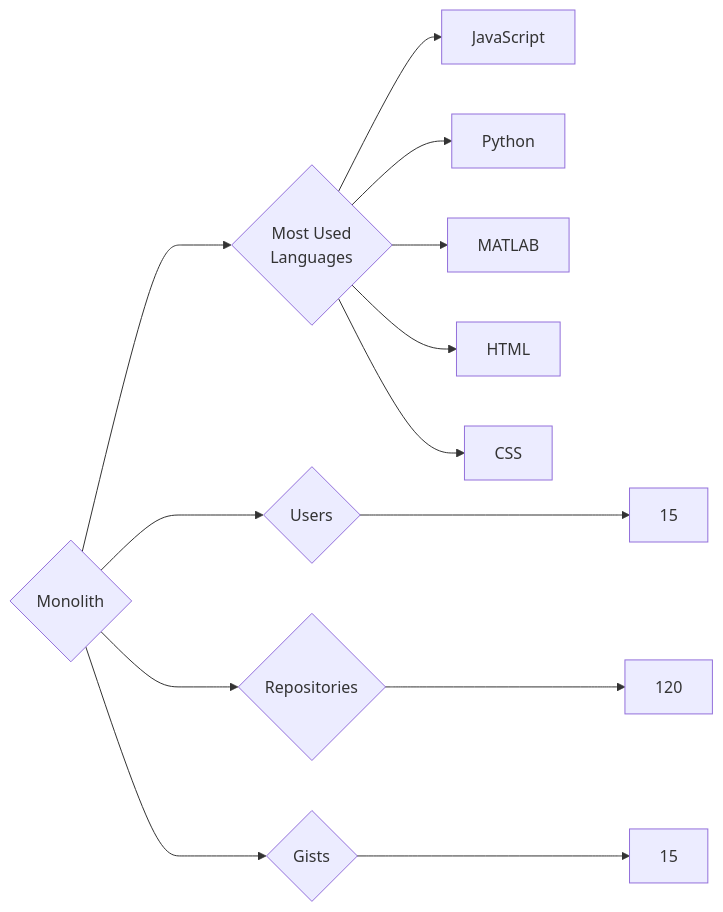
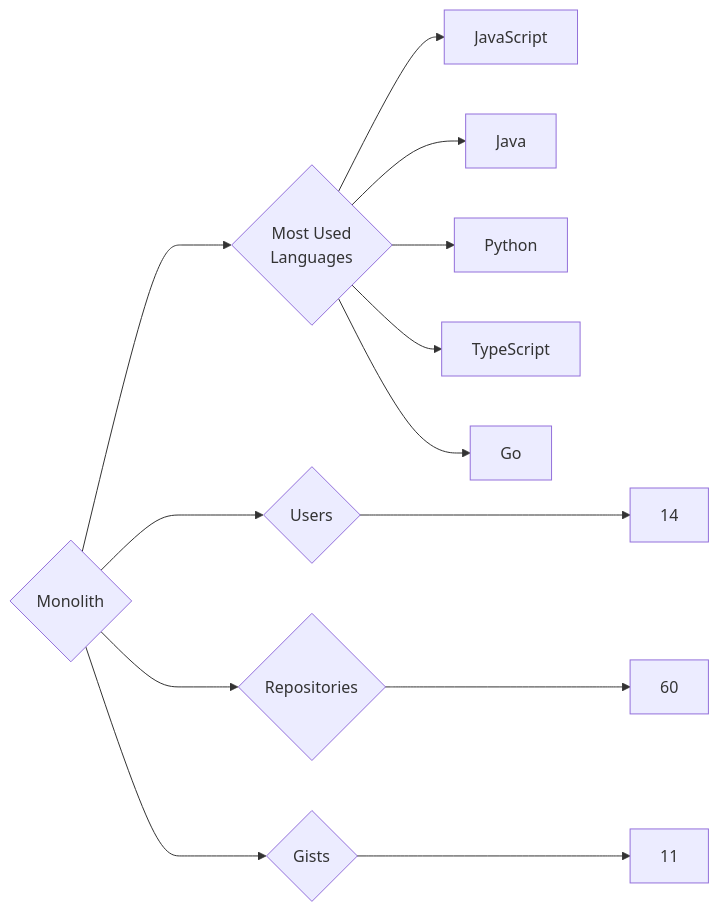
One commit to trickest/insiders changed the diagram in targets/Monolith/README.md. Above: the diagram before and after it, drawn with Mermaid. The commit also changed 970 other files, not shown here.

````diff
--- a/targets/Monolith/README.md
+++ b/targets/Monolith/README.md
@@ -3,13 +3,13 @@
 ```mermaid
 graph LR
 COMPANY_NAME{Monolith}
-COMPANY_NAME ---> U{Users} ---> UN[15]
-COMPANY_NAME ---> R{Repositories} ---> RN[120]
-COMPANY_NAME ---> G{Gists} ---> GN[15]
+COMPANY_NAME ---> U{Users} ---> UN[14]
+COMPANY_NAME ---> R{Repositories} ---> RN[60]
+COMPANY_NAME ---> G{Gists} ---> GN[11]
 COMPANY_NAME ---> ML{Most Used<br>Languages}
 ML --> JavaScript[JavaScript]
+ML --> Java[Java]
 ML --> Python[Python]
-ML --> MATLAB[MATLAB]
-ML --> HTML[HTML]
-ML --> CSS[CSS]
+ML --> TypeScript[TypeScript]
+ML --> Go[Go]
 ```
````
